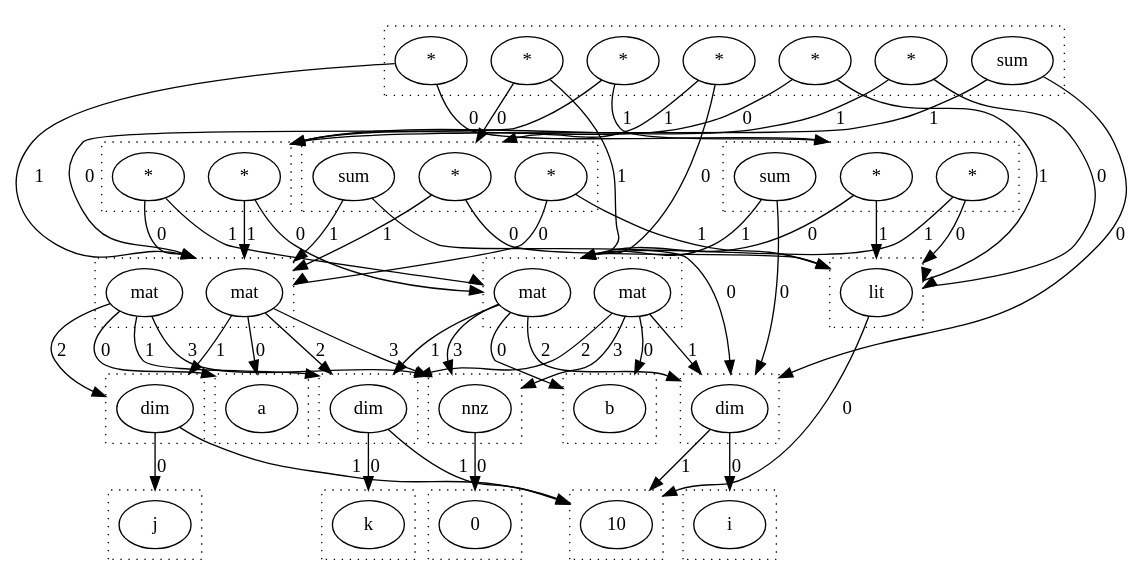
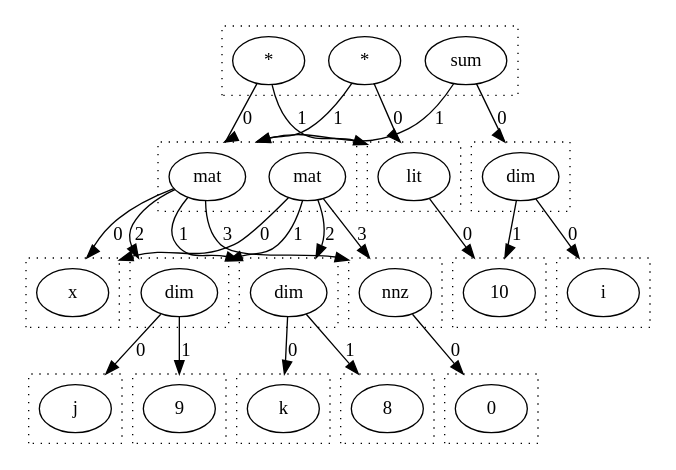
Before and after one commit to wormhole-optimization/warp: the diagram in dots/test.dot, drawn with Graphviz. The commit also changed 4 other files, not shown here.

```diff
--- a/dots/test.dot
+++ b/dots/test.dot
@@ -1,142 +1,88 @@
 digraph {
   compound=true
   subgraph cluster_0 {
     style=dotted
-    0.0[label = "a"]
+    0.0[label = "i"]
   }
   subgraph cluster_1 {
     style=dotted
-    1.0[label = "k"]
+    1.0[label = "10"]
   }
   subgraph cluster_2 {
     style=dotted
-    2.0[label = "10"]
+    2.0[label = "dim"]
   }
   subgraph cluster_3 {
     style=dotted
-    3.0[label = "dim"]
+    3.0[label = "x"]
   }
   subgraph cluster_4 {
     style=dotted
     4.0[label = "j"]
   }
   subgraph cluster_5 {
     style=dotted
-    5.0[label = "dim"]
+    5.0[label = "9"]
   }
   subgraph cluster_6 {
     style=dotted
-    6.0[label = "0"]
+    6.0[label = "dim"]
   }
   subgraph cluster_7 {
     style=dotted
-    7.0[label = "nnz"]
+    7.0[label = "k"]
   }
   subgraph cluster_8 {
     style=dotted
-    8.0[label = "mat"]
-    8.1[label = "mat"]
+    8.0[label = "8"]
   }
   subgraph cluster_9 {
     style=dotted
-    9.0[label = "i"]
+    9.0[label = "dim"]
   }
   subgraph cluster_10 {
     style=dotted
-    10.0[label = "dim"]
+    10.0[label = "0"]
   }
   subgraph cluster_11 {
     style=dotted
-    11.0[label = "b"]
+    11.0[label = "nnz"]
   }
   subgraph cluster_12 {
     style=dotted
     12.0[label = "mat"]
     12.1[label = "mat"]
   }
   subgraph cluster_13 {
     style=dotted
     13.0[label = "*"]
     13.1[label = "sum"]
     13.2[label = "*"]
   }
-  subgraph cluster_14 {
+  subgraph cluster_15 {
     style=dotted
-    14.0[label = "*"]
-    14.1[label = "*"]
-    14.2[label = "sum"]
-    14.3[label = "*"]
-    14.4[label = "*"]
-    14.5[label = "*"]
-    14.6[label = "*"]
+    15.0[label = "lit"]
   }
-  subgraph cluster_18 {
-    style=dotted
-    18.0[label = "lit"]
-  }
-  subgraph cluster_20 {
-    style=dotted
-    20.0[label = "*"]
-    20.1[label = "*"]
-  }
-  subgraph cluster_25 {
-    style=dotted
-    25.0[label = "*"]
-    25.1[label = "*"]
-    25.2[label = "sum"]
-  }
-  3.0 -> 1.0 [lhead = cluster_1, label = 0]
-  3.0 -> 2.0 [lhead = cluster_2, label = 1]
-  5.0 -> 4.0 [lhead = cluster_4, label = 0]
-  5.0 -> 2.0 [lhead = cluster_2, label = 1]
-  7.0 -> 6.0 [lhead = cluster_6, label = 0]
-  8.0 -> 0.0 [lhead = cluster_0, label = 0]
-  8.0 -> 5.0 [lhead = cluster_5, label = 1]
-  8.0 -> 3.0 [lhead = cluster_3, label = 2]
-  8.0 -> 7.0 [lhead = cluster_7, label = 3]
-  8.1 -> 0.0 [lhead = cluster_0, label = 0]
-  8.1 -> 3.0 [lhead = cluster_3, label = 1]
-  8.1 -> 5.0 [lhead = cluster_5, label = 2]
-  8.1 -> 7.0 [lhead = cluster_7, label = 3]
-  10.0 -> 9.0 [lhead = cluster_9, label = 0]
-  10.0 -> 2.0 [lhead = cluster_2, label = 1]
-  12.0 -> 11.0 [lhead = cluster_11, label = 0]
-  12.0 -> 3.0 [lhead = cluster_3, label = 1]
-  12.0 -> 10.0 [lhead = cluster_10, label = 2]
-  12.0 -> 7.0 [lhead = cluster_7, label = 3]
-  12.1 -> 11.0 [lhead = cluster_11, label = 0]
-  12.1 -> 10.0 [lhead = cluster_10, label = 1]
-  12.1 -> 3.0 [lhead = cluster_3, label = 2]
-  12.1 -> 7.0 [lhead = cluster_7, label = 3]
+  2.0 -> 0.0 [lhead = cluster_0, label = 0]
+  2.0 -> 1.0 [lhead = cluster_1, label = 1]
+  6.0 -> 4.0 [lhead = cluster_4, label = 0]
+  6.0 -> 5.0 [lhead = cluster_5, label = 1]
+  9.0 -> 7.0 [lhead = cluster_7, label = 0]
+  9.0 -> 8.0 [lhead = cluster_8, label = 1]
+  11.0 -> 10.0 [lhead = cluster_10, label = 0]
+  12.0 -> 3.0 [lhead = cluster_3, label = 0]
+  12.0 -> 9.0 [lhead = cluster_9, label = 1]
+  12.0 -> 6.0 [lhead = cluster_6, label = 2]
+  12.0 -> 11.0 [lhead = cluster_11, label = 3]
+  12.1 -> 3.0 [lhead = cluster_3, label = 0]
+  12.1 -> 6.0 [lhead = cluster_6, label = 1]
+  12.1 -> 9.0 [lhead = cluster_9, label = 2]
+  12.1 -> 11.0 [lhead = cluster_11, label = 3]
   13.0 -> 12.0 [lhead = cluster_12, label = 0]
-  13.0 -> 18.0 [lhead = cluster_18, label = 1]
-  13.1 -> 10.0 [lhead = cluster_10, label = 0]
+  13.0 -> 15.0 [lhead = cluster_15, label = 1]
+  13.1 -> 2.0 [lhead = cluster_2, label = 0]
   13.1 -> 12.0 [lhead = cluster_12, label = 1]
-  13.2 -> 18.0 [lhead = cluster_18, label = 0]
+  13.2 -> 15.0 [lhead = cluster_15, label = 0]
   13.2 -> 12.0 [lhead = cluster_12, label = 1]
-  14.0 -> 13.0 [lhead = cluster_13, label = 0]
-  14.0 -> 8.0 [lhead = cluster_8, label = 1]
-  14.1 -> 8.0 [lhead = cluster_8, label = 0]
-  14.1 -> 13.0 [lhead = cluster_13, label = 1]
-  14.2 -> 10.0 [lhead = cluster_10, label = 0]
-  14.2 -> 20.0 [lhead = cluster_20, label = 1]
-  14.3 -> 20.0 [lhead = cluster_20, label = 0]
-  14.3 -> 18.0 [lhead = cluster_18, label = 1]
-  14.4 -> 25.0 [lhead = cluster_25, label = 0]
-  14.4 -> 12.0 [lhead = cluster_12, label = 1]
-  14.5 -> 12.0 [lhead = cluster_12, label = 0]
-  14.5 -> 25.0 [lhead = cluster_25, label = 1]
-  14.6 -> 18.0 [lhead = cluster_18, label = 0]
-  14.6 -> 20.0 [lhead = cluster_20, label = 1]
-  18.0 -> 2.0 [lhead = cluster_2, label = 0]
-  20.0 -> 12.0 [lhead = cluster_12, label = 0]
-  20.0 -> 8.0 [lhead = cluster_8, label = 1]
-  20.1 -> 8.0 [lhead = cluster_8, label = 0]
-  20.1 -> 12.0 [lhead = cluster_12, label = 1]
-  25.0 -> 18.0 [lhead = cluster_18, label = 0]
-  25.0 -> 8.0 [lhead = cluster_8, label = 1]
-  25.1 -> 8.0 [lhead = cluster_8, label = 0]
-  25.1 -> 18.0 [lhead = cluster_18, label = 1]
-  25.2 -> 10.0 [lhead = cluster_10, label = 0]
-  25.2 -> 8.0 [lhead = cluster_8, label = 1]
+  15.0 -> 1.0 [lhead = cluster_1, label = 0]
 }
```
